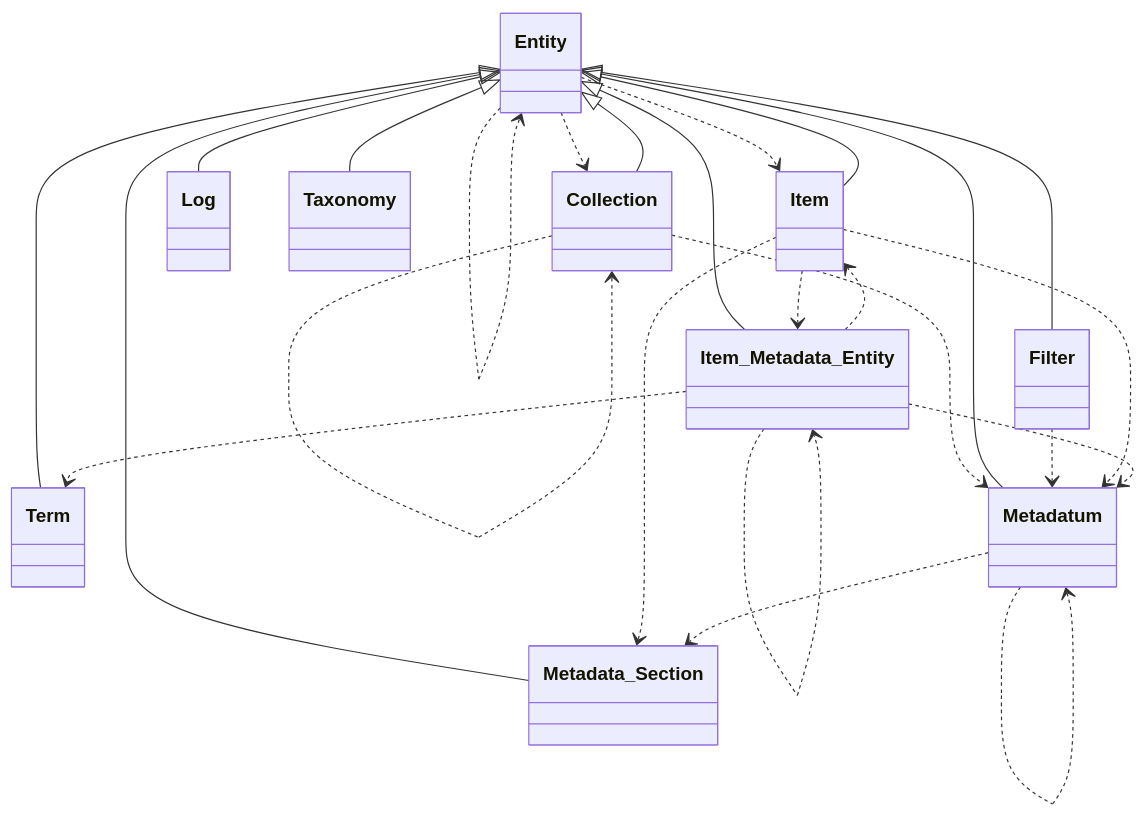
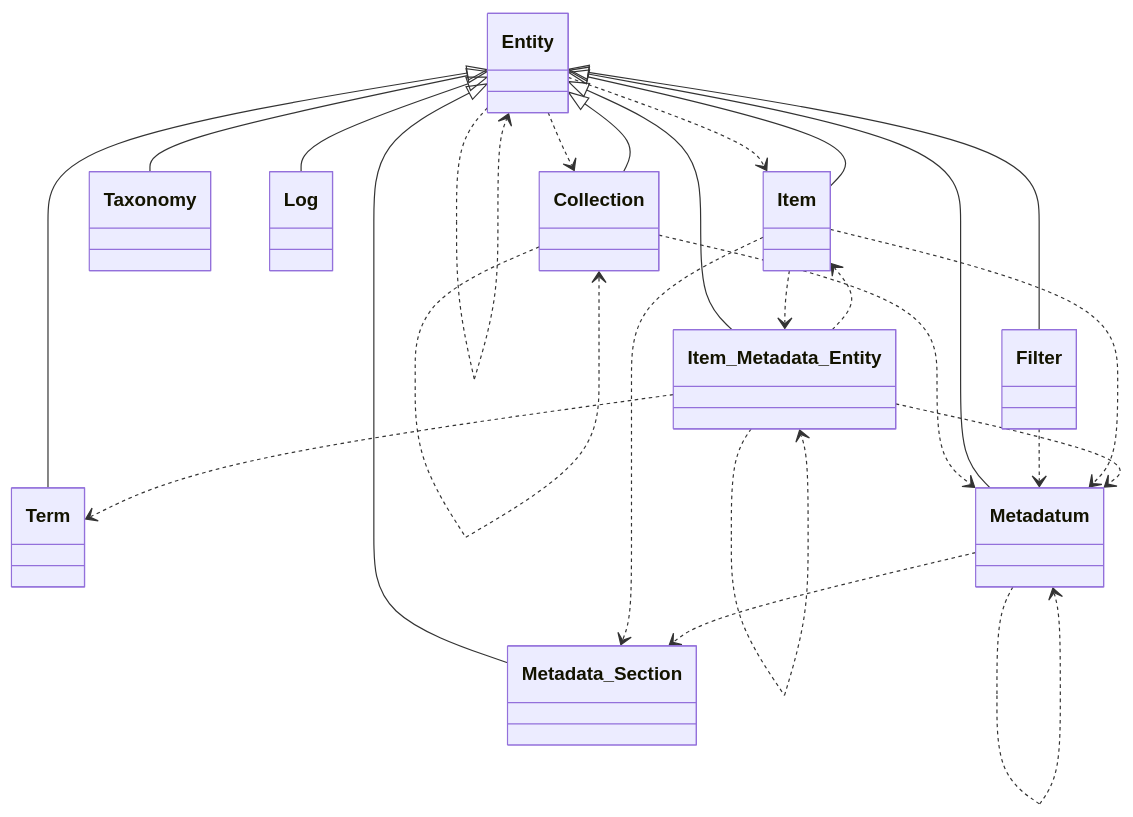
The diagram in docs/diagrams/tainacan-namespace-Tainacan-Entities.mmd (tainacan/tainacan), drawn with Mermaid before and after one commit. The commit also changed other lines of this file and 62 other files, not shown here.

```diff
--- a/docs/diagrams/tainacan-namespace-Tainacan-Entities.mmd
+++ b/docs/diagrams/tainacan-namespace-Tainacan-Entities.mmd
@@ -1,36 +1,36 @@
 classDiagram
     direction TB
+    class Entity { }
     class Term { }
-    class Entity { }
+    class Collection { }
+    class Metadatum { }
+    class Taxonomy { }
+    class Filter { }
     class Metadata_Section { }
+    class Item_Metadata_Entity { }
+    class Log { }
     class Item { }
-    class Metadatum { }
-    class Collection { }
-    class Filter { }
-    class Log { }
-    class Taxonomy { }
-    class Item_Metadata_Entity { }
     Collection ..> Collection
     Collection ..> Metadatum
     Entity ..> Collection
     Entity ..> Entity
     Entity ..> Item
     Entity <|-- Collection
     Entity <|-- Filter
     Entity <|-- Item
     Entity <|-- Item_Metadata_Entity
     Entity <|-- Log
     Entity <|-- Metadata_Section
     Entity <|-- Metadatum
     Entity <|-- Taxonomy
     Entity <|-- Term
     Filter ..> Metadatum
     Item ..> Item_Metadata_Entity
     Item ..> Metadata_Section
     Item ..> Metadatum
     Item_Metadata_Entity ..> Item
     Item_Metadata_Entity ..> Item_Metadata_Entity
     Item_Metadata_Entity ..> Metadatum
     Item_Metadata_Entity ..> Term
     Metadatum ..> Metadata_Section
     Metadatum ..> Metadatum
```
